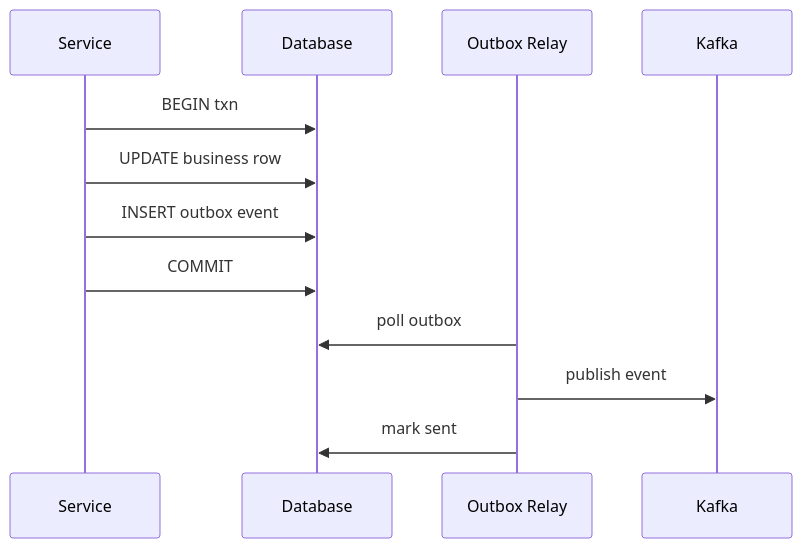
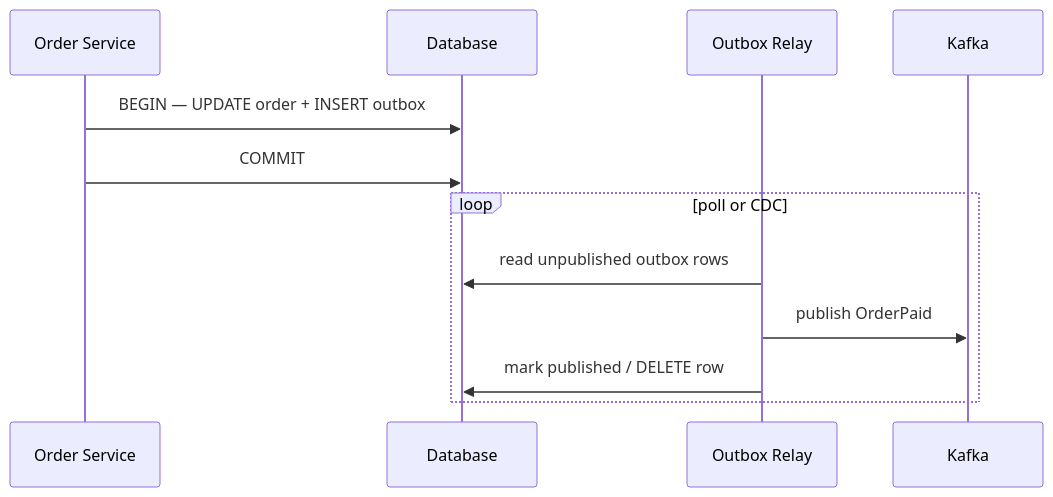
One commit to hareramcse/SystemDesign changed diagram 24 of 27 in 06-messaging-and-events/README.md. Above: the diagram before and after it, drawn with Mermaid. The commit also changed other lines of this file and 14 other files, not shown here.

````diff
--- a/06-messaging-and-events/README.md
+++ b/06-messaging-and-events/README.md
@@ -1236,14 +1489,14 @@
 ```mermaid
 sequenceDiagram
-    participant S as Service
+    participant S as Order Service
     participant DB as Database
     participant R as Outbox Relay
     participant K as Kafka
-    S->>DB: BEGIN txn
-    S->>DB: UPDATE business row
-    S->>DB: INSERT outbox event
+    S->>DB: BEGIN — UPDATE order + INSERT outbox
     S->>DB: COMMIT
-    R->>DB: poll outbox
-    R->>K: publish event
-    R->>DB: mark sent
+    loop poll or CDC
+        R->>DB: read unpublished outbox rows
+        R->>K: publish OrderPaid
+        R->>DB: mark published / DELETE row
+    end
 ```
````
